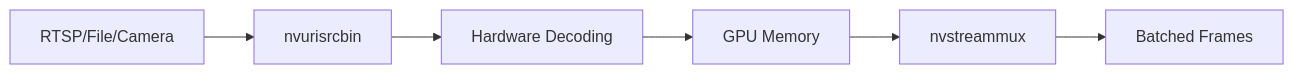
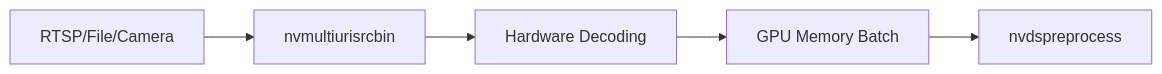
One commit to dmanfx/noesis changed the second of 5 diagrams in docs/reference/pipeline_flow.md. Above: the diagram before and after it, drawn with Mermaid. The commit also changed other lines of this file and 9 other files, not shown here.

````diff
--- a/docs/reference/pipeline_flow.md
+++ b/docs/reference/pipeline_flow.md
@@ -166,8 +44,7 @@
 ```mermaid
 graph LR
-    A[RTSP/File/Camera] --> B[nvurisrcbin]
+    A[RTSP/File/Camera] --> B[nvmultiurisrcbin]
     B --> C[Hardware Decoding]
-    C --> D[GPU Memory]
-    D --> E[nvstreammux]
-    E --> F[Batched Frames]
+    C --> D[GPU Memory Batch]
+    D --> E[nvdspreprocess]
 ```
````
